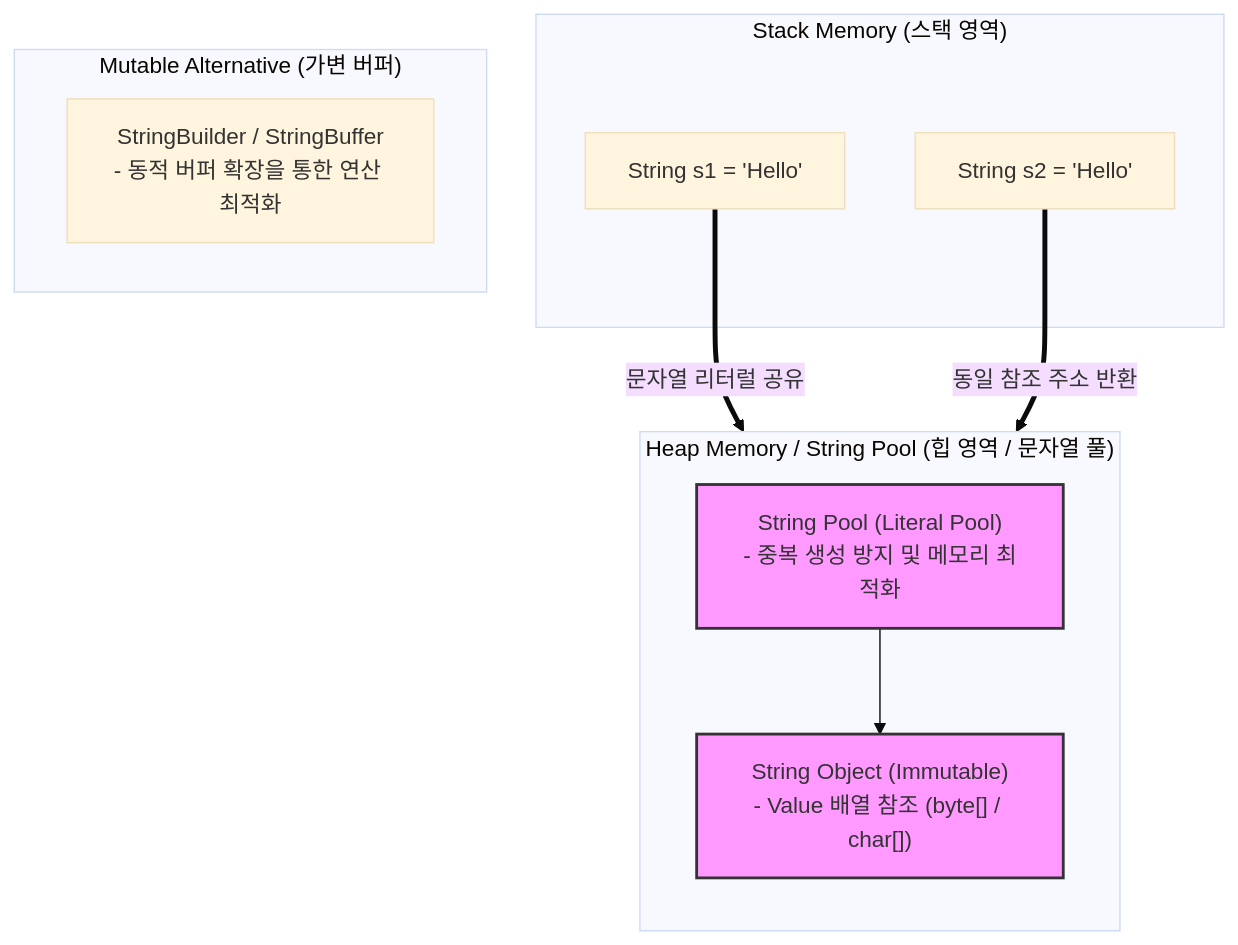
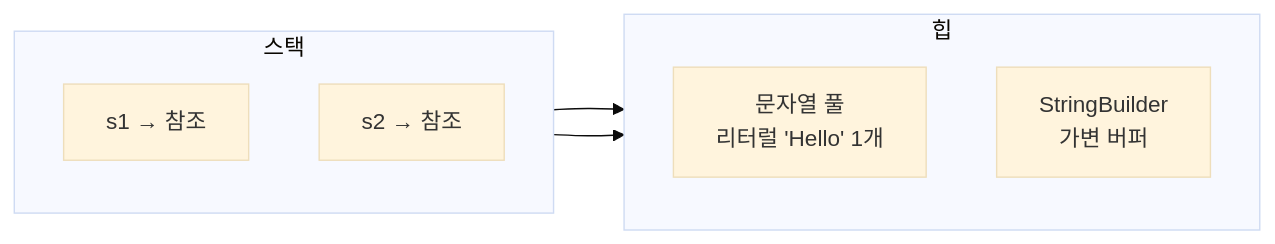
Before and after one commit to supremethumb/supremethumb.github.io: the diagram in content/01_IT Tech/String Type.md, drawn with Mermaid (base theme). The commit also changed other lines of this file and 1087 other files, not shown here.

````diff
--- a/content/01_IT Tech/String Type.md
+++ b/content/01_IT Tech/String Type.md
@@ -27,26 +35,15 @@
 ```mermaid
-flowchart TB
-    subgraph "Stack Memory (스택 영역)"
-        Var1["String s1 = 'Hello'"]
-        Var2["String s2 = 'Hello'"]
+flowchart LR
+    subgraph ST["스택"]
+        direction TB
+        V1["s1 → 참조"]
+        V2["s2 → 참조"]
     end
-
-    subgraph "Heap Memory / String Pool (힙 영역 / 문자열 풀)"
+    subgraph HP["힙"]
         direction TB
-        Pool["String Pool (Literal Pool)<br/>- 중복 생성 방지 및 메모리 최적화"]
-        Obj["String Object (Immutable)<br/>- Value 배열 참조 (byte[] / char[])"]
-        
-        Pool --> Obj
+        POOL["문자열 풀<br/>리터럴 'Hello' 1개"]
+        SB["StringBuilder<br/>가변 버퍼"]
     end
-
-    Var1 ==>|문자열 리터럴 공유| Pool
-    Var2 ==>|동일 참조 주소 반환| Pool
-
-    subgraph "Mutable Alternative (가변 버퍼)"
-        SB["StringBuilder / StringBuffer<br/>- 동적 버퍼 확장을 통한 연산 최적화"]
-    end
-
-    style Pool fill:#f9f,stroke:#333,stroke-width:2px
-    style Obj fill:#f9f,stroke:#333,stroke-width:2px
-
+    V1 --> POOL
+    V2 --> POOL
 ```
````
